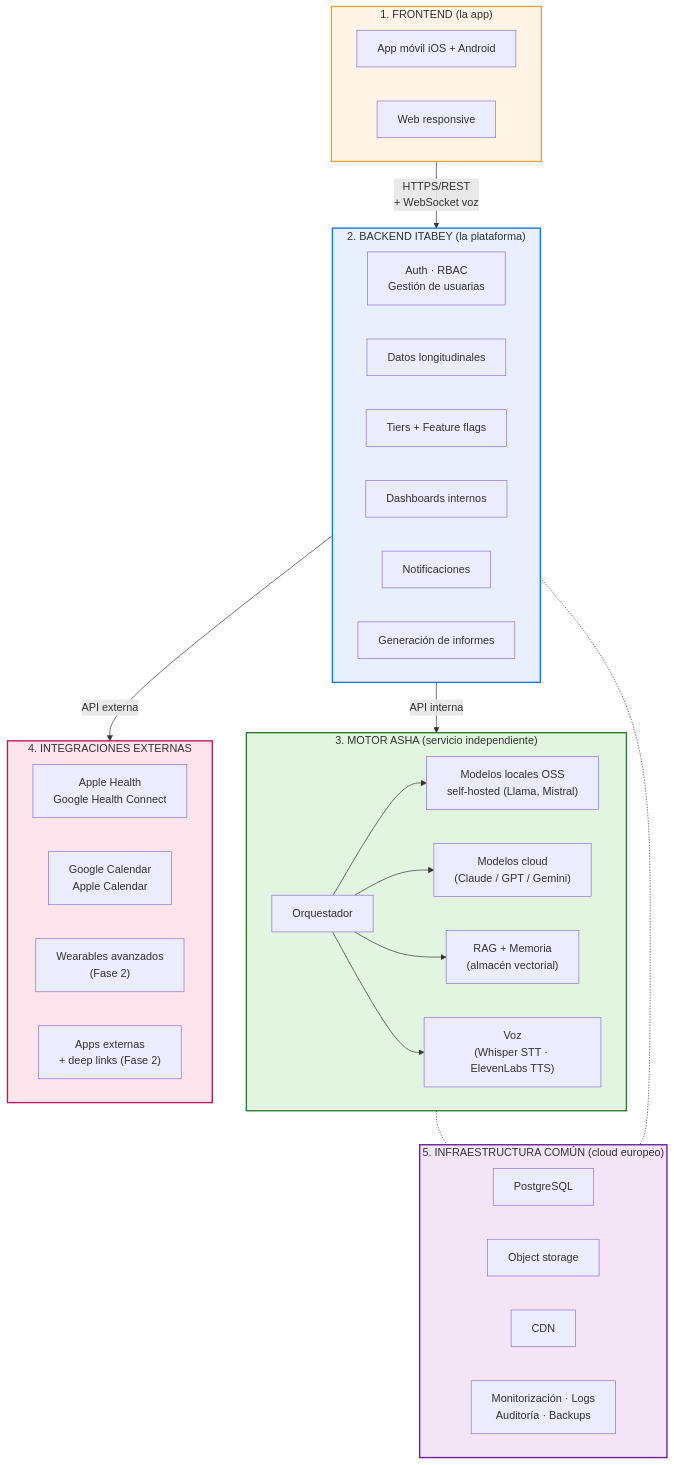
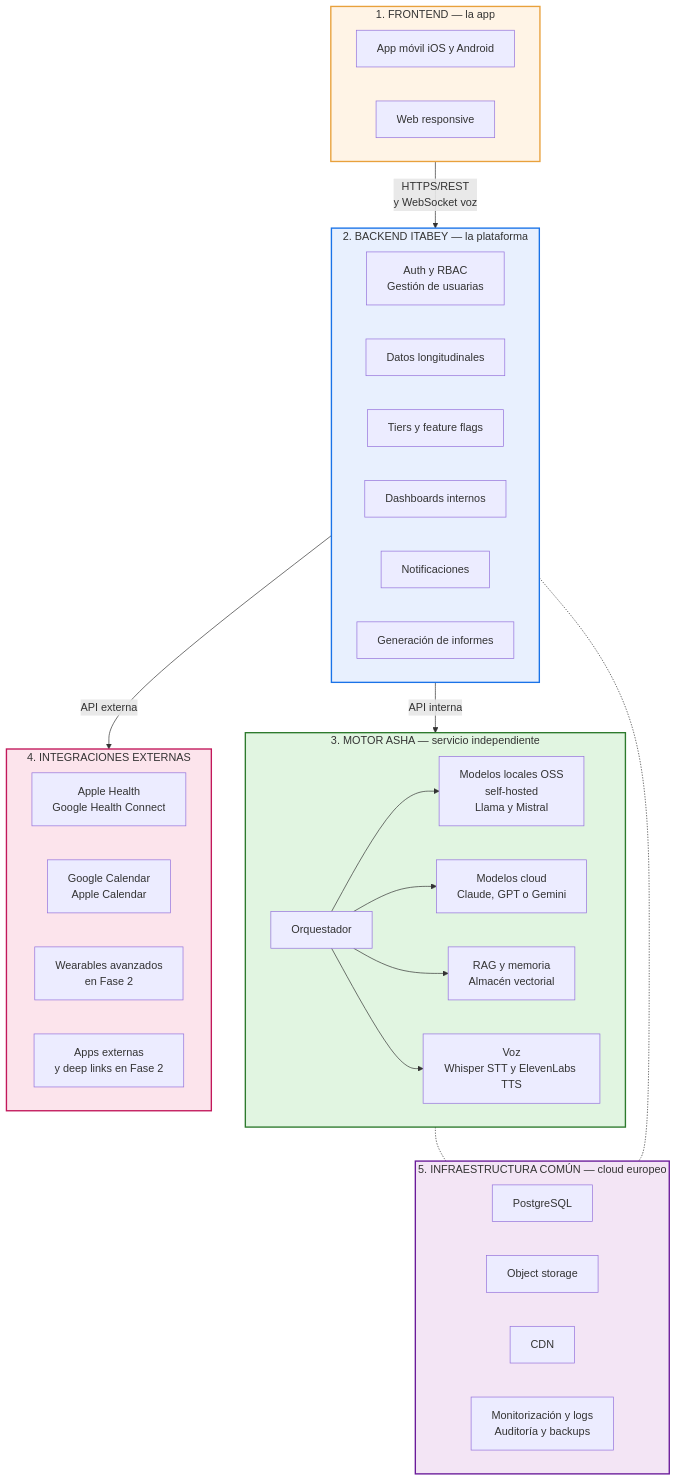
Before and after one commit to asantolaria/Itabey: the first of 2 diagrams in docs/delivery/arquitectura-preliminar.md, drawn with Mermaid. The commit also changed other lines of this file and 3 other files, not shown here.

````diff
--- a/docs/delivery/arquitectura-preliminar.md
+++ b/docs/delivery/arquitectura-preliminar.md
@@ -102,55 +102,55 @@
 ```mermaid
 flowchart TB
-    subgraph FE["1. FRONTEND (la app)"]
-        Mobile["App móvil iOS + Android"]
+    subgraph FE["1. FRONTEND — la app"]
+        Mobile["App móvil iOS y Android"]
         Web["Web responsive"]
     end
 
-    subgraph BE["2. BACKEND ITABEY (la plataforma)"]
-        Auth["Auth · RBAC<br/>Gestión de usuarias"]
+    subgraph BE["2. BACKEND ITABEY — la plataforma"]
+        Auth["Auth y RBAC<br/>Gestión de usuarias"]
         Data["Datos longitudinales"]
-        Tiers["Tiers + Feature flags"]
+        Tiers["Tiers y feature flags"]
         Dash["Dashboards internos"]
         Notifs["Notificaciones"]
         Reports["Generación de informes"]
     end
 
-    subgraph Asha["3. MOTOR ASHA (servicio independiente)"]
+    subgraph Asha["3. MOTOR ASHA — servicio independiente"]
         Orch["Orquestador"]
-        LocalAI["Modelos locales OSS<br/>self-hosted (Llama, Mistral)"]
-        CloudAI["Modelos cloud<br/>(Claude / GPT / Gemini)"]
-        RAG["RAG + Memoria<br/>(almacén vectorial)"]
-        Voice["Voz<br/>(Whisper STT · ElevenLabs TTS)"]
+        LocalAI["Modelos locales OSS<br/>self-hosted<br/>Llama y Mistral"]
+        CloudAI["Modelos cloud<br/>Claude, GPT o Gemini"]
+        RAG["RAG y memoria<br/>Almacén vectorial"]
+        Voice["Voz<br/>Whisper STT y ElevenLabs TTS"]
     end
 
     subgraph Ext["4. INTEGRACIONES EXTERNAS"]
         Health["Apple Health<br/>Google Health Connect"]
         Cal["Google Calendar<br/>Apple Calendar"]
-        Wear["Wearables avanzados<br/>(Fase 2)"]
-        ExtApps["Apps externas<br/>+ deep links (Fase 2)"]
+        Wear["Wearables avanzados<br/>en Fase 2"]
+        ExtApps["Apps externas<br/>y deep links en Fase 2"]
     end
 
-    subgraph Infra["5. INFRAESTRUCTURA COMÚN (cloud europeo)"]
+    subgraph Infra["5. INFRAESTRUCTURA COMÚN — cloud europeo"]
         DB["PostgreSQL"]
         Storage["Object storage"]
         CDN["CDN"]
-        Monitor["Monitorización · Logs<br/>Auditoría · Backups"]
+        Monitor["Monitorización y logs<br/>Auditoría y backups"]
     end
 
-    FE -->|HTTPS/REST<br/>+ WebSocket voz| BE
+    FE -->|HTTPS/REST<br/>y WebSocket voz| BE
     BE -->|API interna| Asha
     BE -->|API externa| Ext
     Asha -.- Infra
     BE -.- Infra
 
     Orch --> LocalAI
     Orch --> CloudAI
     Orch --> RAG
     Orch --> Voice
 
     style Asha fill:#e1f5e1,stroke:#2d7a2d,stroke-width:2px
     style BE fill:#e8f0fe,stroke:#1a73e8,stroke-width:2px
     style FE fill:#fff4e6,stroke:#e8a13c,stroke-width:2px
     style Ext fill:#fce4ec,stroke:#c2185b,stroke-width:2px
     style Infra fill:#f3e5f5,stroke:#6a1b9a,stroke-width:2px
 ```
````
